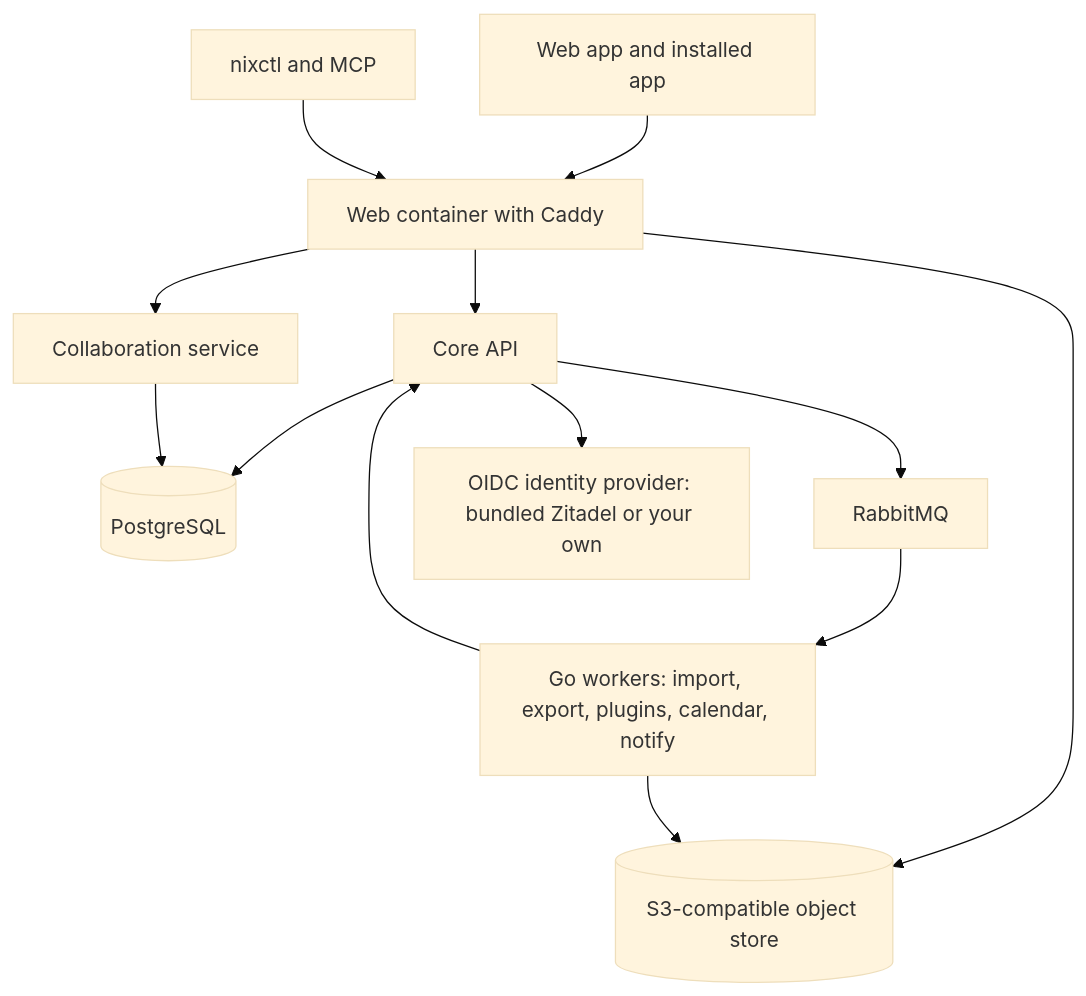
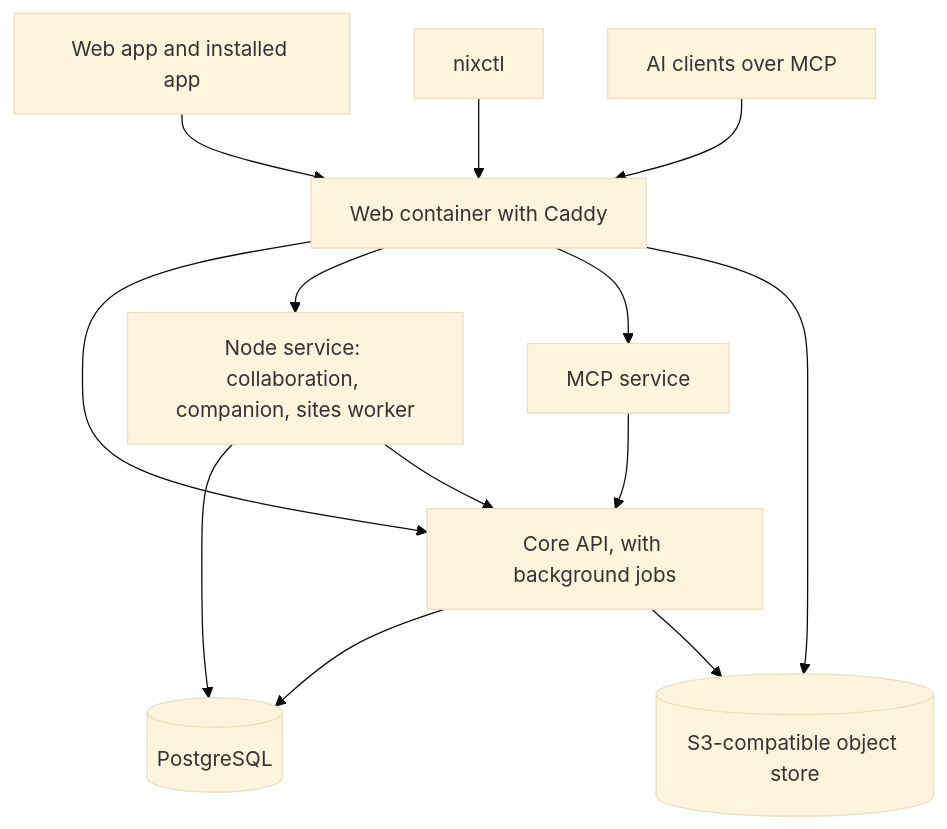
Before and after one commit to sianachi/nixsites: the diagram in docs/site/nix-docs/markdown/deployment/index.md, drawn with Mermaid (base theme). The commit also changed other lines of this file and 36 other files, not shown here.

````diff
--- a/docs/site/nix-docs/markdown/deployment/index.md
+++ b/docs/site/nix-docs/markdown/deployment/index.md
@@ -14,16 +14,16 @@
 ```mermaid
 %% diagram
 flowchart TB
   Browser[Web app and installed app] --> Edge[Web container with Caddy]
-  CLI[nixctl and MCP] --> Edge
-  Edge --> Core[Core API]
-  Edge --> Collab[Collaboration service]
+  CLI[nixctl] --> Edge
+  Agents[AI clients over MCP] --> Edge
+  Edge --> Core[Core API, with background jobs]
+  Edge --> Node[Node service: collaboration, companion, sites worker]
+  Edge --> MCP[MCP service]
   Edge --> Store[(S3-compatible object store)]
   Core --> PG[(PostgreSQL)]
-  Collab --> PG
-  Core --> MQ[RabbitMQ]
-  MQ --> Workers[Go workers: import, export, plugins, calendar, notify]
-  Workers --> Core
-  Workers --> Store
-  Core --> IdP[OIDC identity provider: bundled Zitadel or your own]
+  Node --> PG
+  Node --> Core
+  MCP --> Core
+  Core --> Store
 ```
````
